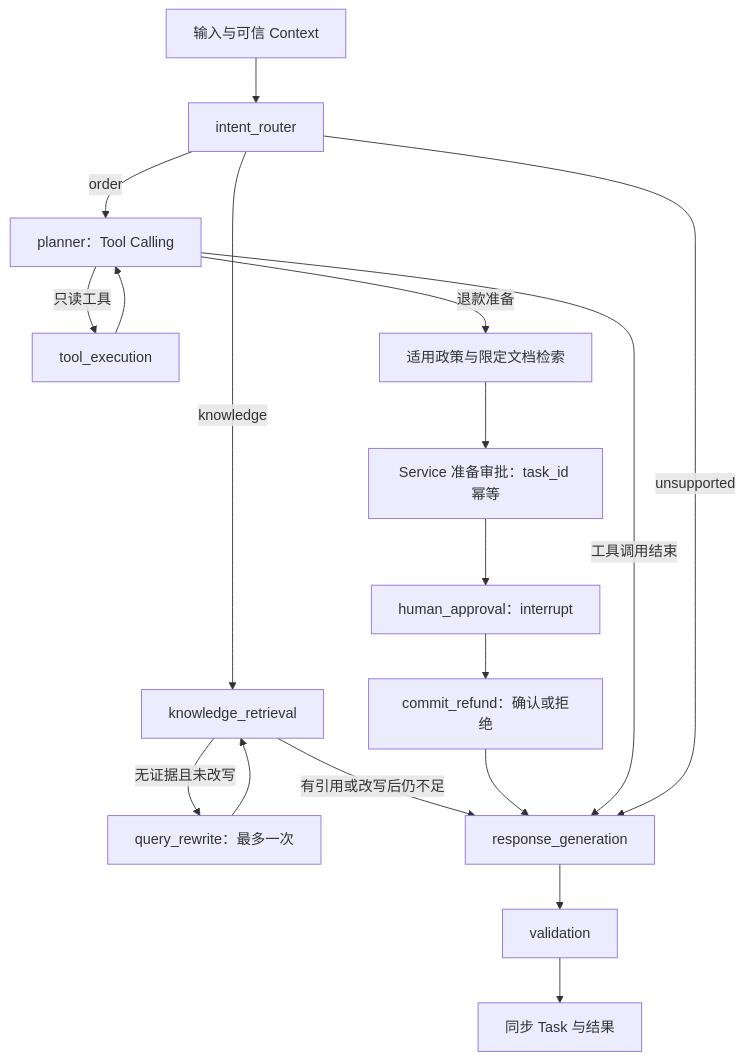
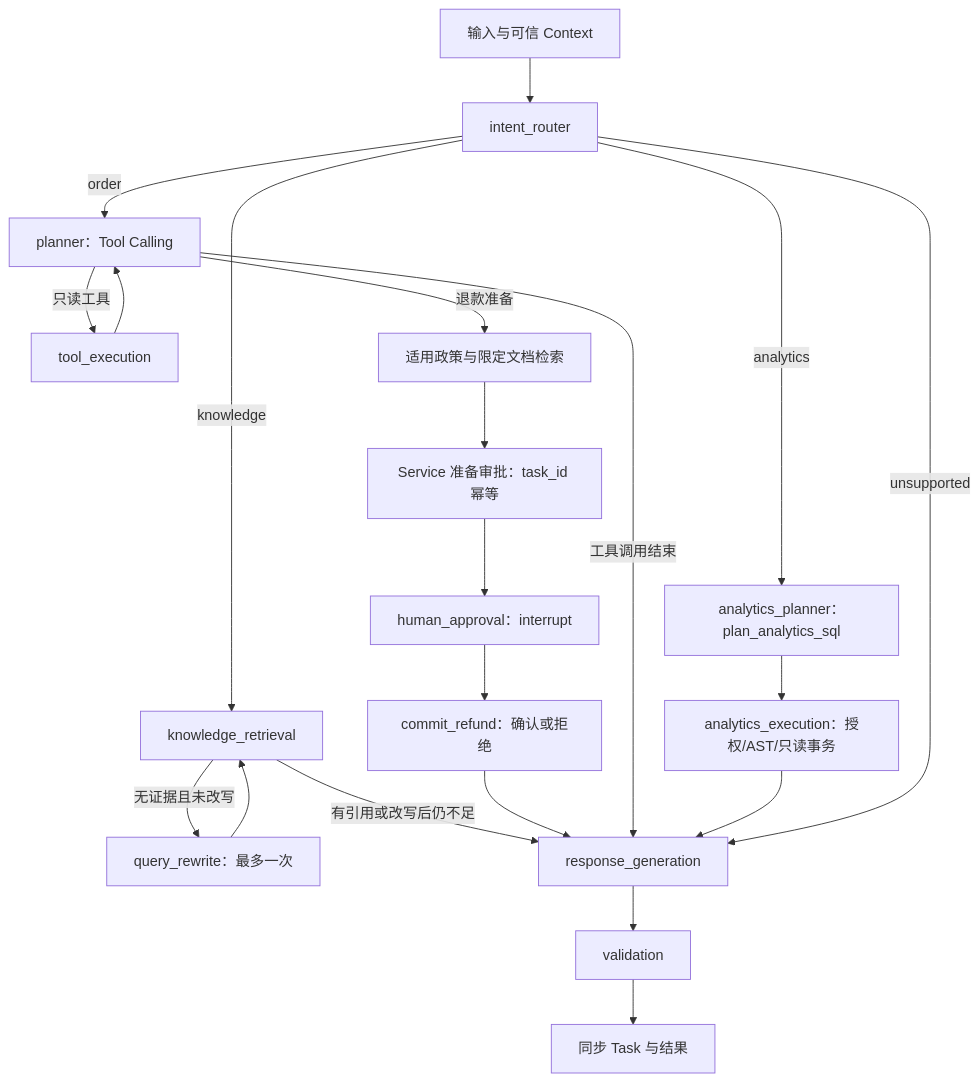
One commit to zjhwwwl/EnterpriseAgent changed the diagram in docs/agent-workflow.md. Above: the diagram before and after it, drawn with Mermaid. The commit also changed other lines of this file and 66 other files, not shown here.

Commit message:
feat: add read-only SQL analytics workflow and evaluation (phase 6)

````diff
--- a/docs/agent-workflow.md
+++ b/docs/agent-workflow.md
@@ -7,20 +7,23 @@
 ```mermaid
 flowchart TD
     START[输入与可信 Context] --> ROUTER[intent_router]
     ROUTER -->|knowledge| RETRIEVE[knowledge_retrieval]
     RETRIEVE -->|无证据且未改写| REWRITE[query_rewrite：最多一次]
     REWRITE --> RETRIEVE
     RETRIEVE -->|有引用或改写后仍不足| RESPONSE[response_generation]
     ROUTER -->|order| PLAN[planner：Tool Calling]
     PLAN -->|只读工具| EXEC[tool_execution]
     EXEC --> PLAN
     PLAN -->|退款准备| POLICY[适用政策与限定文档检索]
     POLICY --> PREPARE[Service 准备审批：task_id 幂等]
     PREPARE --> HUMAN[human_approval：interrupt]
     HUMAN --> COMMIT[commit_refund：确认或拒绝]
     COMMIT --> RESPONSE
     PLAN -->|工具调用结束| RESPONSE
+    ROUTER -->|analytics| SQLPLAN[analytics_planner：plan_analytics_sql]
+    SQLPLAN --> SQLEXEC[analytics_execution：授权/AST/只读事务]
+    SQLEXEC --> RESPONSE
     ROUTER -->|unsupported| RESPONSE
     RESPONSE --> CHECK[validation]
     CHECK --> END[同步 Task 与结果]
 ```
````
